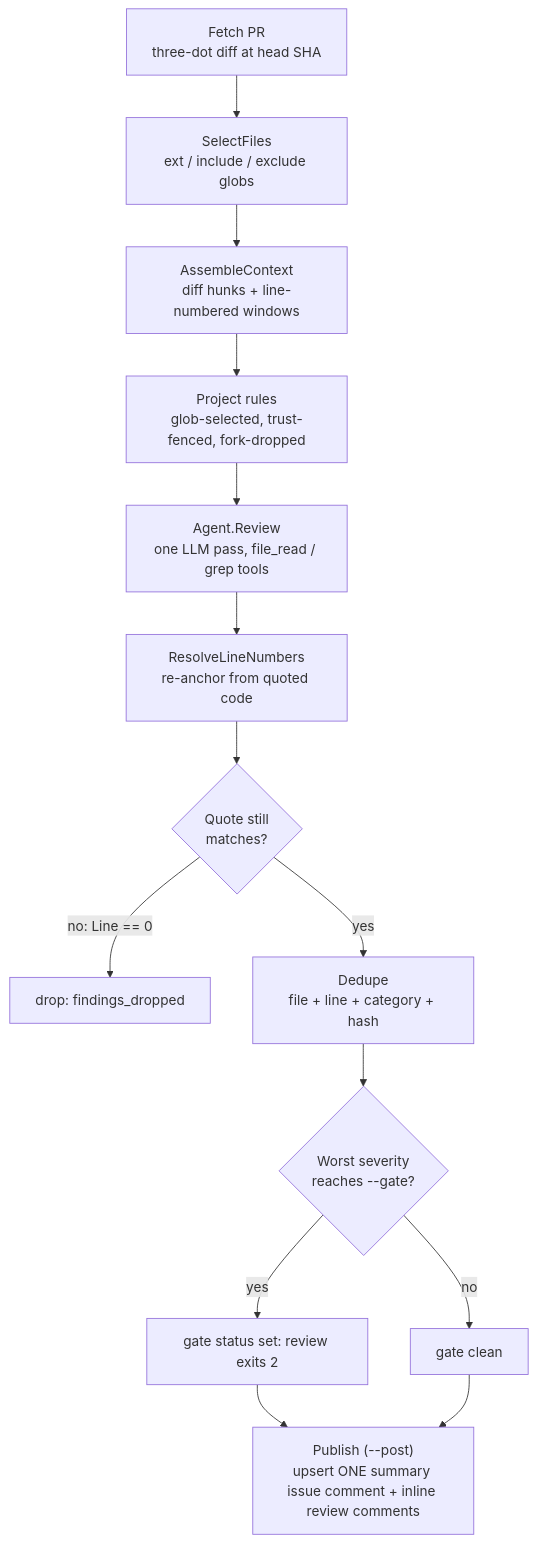
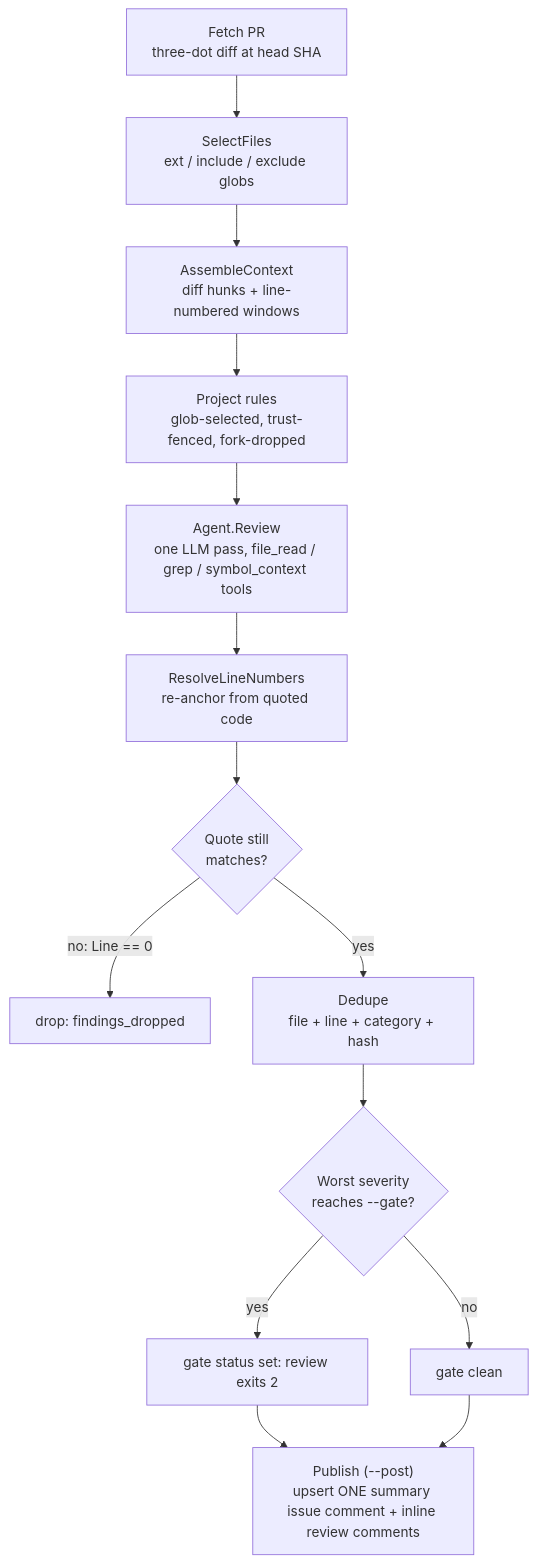
One commit to vanducng/miu-cr changed the second of 10 diagrams in docs/content/architecture.md. Above: the diagram before and after it, drawn with Mermaid. The commit also changed 37 other files, not shown here.

Commit message:
feat(review): add symbol context tool (#205)

````diff
--- a/docs/content/architecture.md
+++ b/docs/content/architecture.md
@@ -74,16 +74,16 @@
 ```mermaid
 flowchart TD
     A["Fetch PR<br/>three-dot diff at head SHA"] --> B["SelectFiles<br/>ext / include / exclude globs"]
     B --> C["AssembleContext<br/>diff hunks + line-numbered windows"]
     C --> D["Project rules<br/>glob-selected, trust-fenced, fork-dropped"]
-    D --> E["Agent.Review<br/>one LLM pass, file_read / grep tools"]
+    D --> E["Agent.Review<br/>one LLM pass, file_read / grep / symbol_context tools"]
     E --> F["ResolveLineNumbers<br/>re-anchor from quoted code"]
     F --> G{"Quote still<br/>matches?"}
     G -->|"no: Line == 0"| Drop["drop: findings_dropped"]
     G -->|"yes"| H["Dedupe<br/>file + line + category + hash"]
     H --> I{"Worst severity<br/>reaches --gate?"}
     I -->|"yes"| Gate["gate status set: review exits 2"]
     I -->|"no"| Pass["gate clean"]
     Gate --> P["Publish (--post)<br/>upsert ONE summary issue comment + inline review comments"]
     Pass --> P
 ```
````
